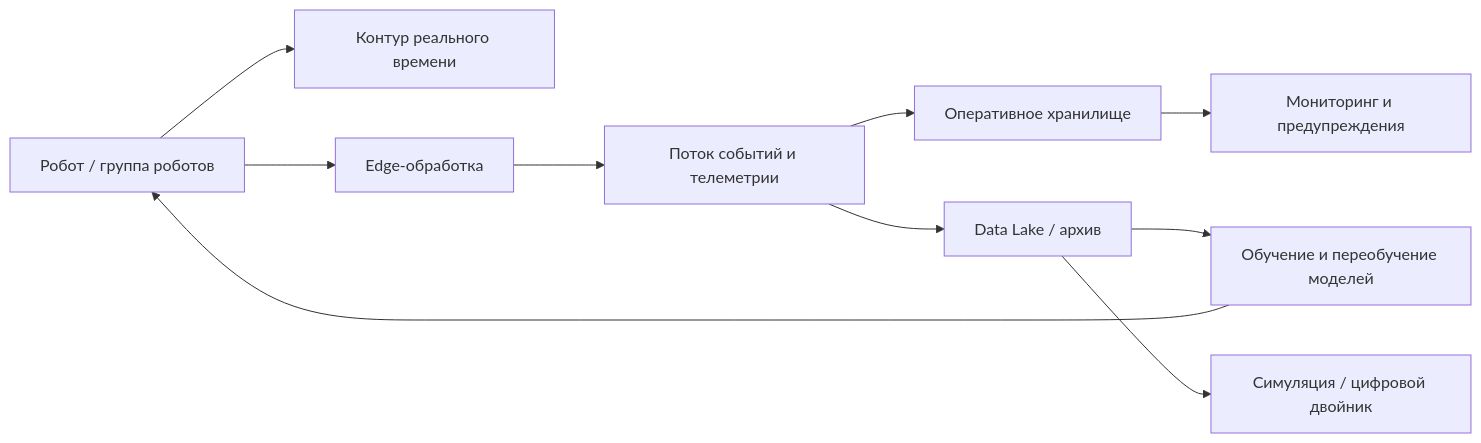
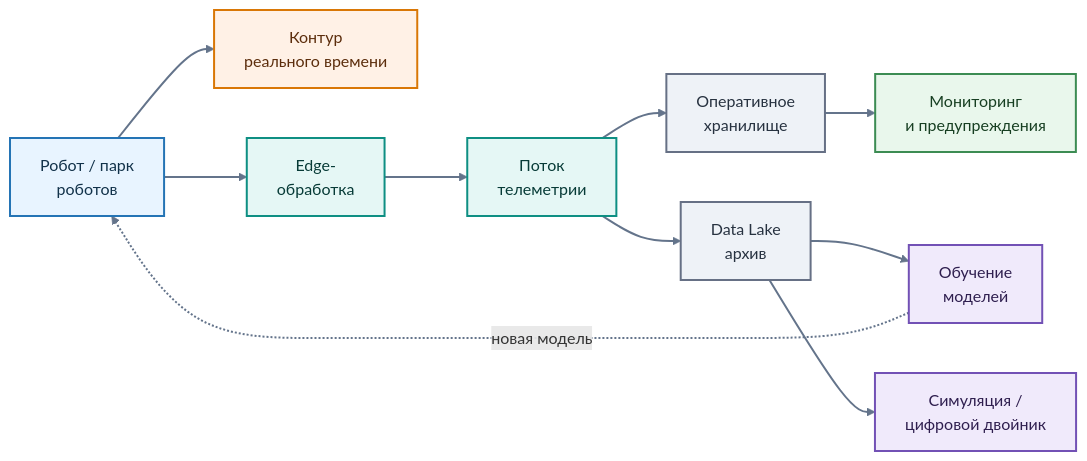
Before and after one commit to BosenkoTM/Big-data-processing-methods: the second of 13 diagrams in 2026/lectures/lecture_03_robotics_iot_big_data.md, drawn with Mermaid. The commit also changed other lines of this file, not shown here.

````diff
--- a/2026/lectures/lecture_03_robotics_iot_big_data.md
+++ b/2026/lectures/lecture_03_robotics_iot_big_data.md
@@ -69,12 +81,28 @@
 ```mermaid
 flowchart LR
-    R["Робот / группа роботов"] --> RT["Контур реального времени"]
-    R --> EDGE["Edge-обработка"]
-    EDGE --> STREAM["Поток событий и телеметрии"]
-    STREAM --> HOT["Оперативное хранилище"]
-    STREAM --> LAKE["Data Lake / архив"]
-    HOT --> MON["Мониторинг и предупреждения"]
-    LAKE --> ML["Обучение и переобучение моделей"]
-    LAKE --> DT["Симуляция / цифровой двойник"]
-    ML --> R
+    R["Робот / парк<br/>роботов"] --> RT["Контур<br/>реального времени"]
+    R --> EDGE["Edge-<br/>обработка"]
+    EDGE --> STREAM["Поток<br/>телеметрии"]
+    STREAM --> HOT["Оперативное<br/>хранилище"]
+    STREAM --> LAKE["Data Lake<br/>архив"]
+    HOT --> MON["Мониторинг<br/>и предупреждения"]
+    LAKE --> ML["Обучение<br/>моделей"]
+    LAKE --> DT["Симуляция /<br/>цифровой двойник"]
+    ML -. новая модель .-> R
+
+    classDef source fill:#E8F4FF,stroke:#2474B5,color:#12324A,stroke-width:2px
+    classDef realtime fill:#FFF1E6,stroke:#D97706,color:#5C2D0C,stroke-width:2px
+    classDef transport fill:#E5F7F5,stroke:#0E8F83,color:#073B37,stroke-width:2px
+    classDef storage fill:#EEF2F7,stroke:#667085,color:#273240,stroke-width:2px
+    classDef analytics fill:#F0EAFB,stroke:#7251B5,color:#2F1F4F,stroke-width:2px
+    classDef result fill:#E9F7EC,stroke:#3C8C53,color:#173F22,stroke-width:2px
+
+    class R source
+    class RT realtime
+    class EDGE,STREAM transport
+    class HOT,LAKE storage
+    class ML,DT analytics
+    class MON result
+
+    linkStyle default stroke:#64748B,stroke-width:2px
 ```
````
